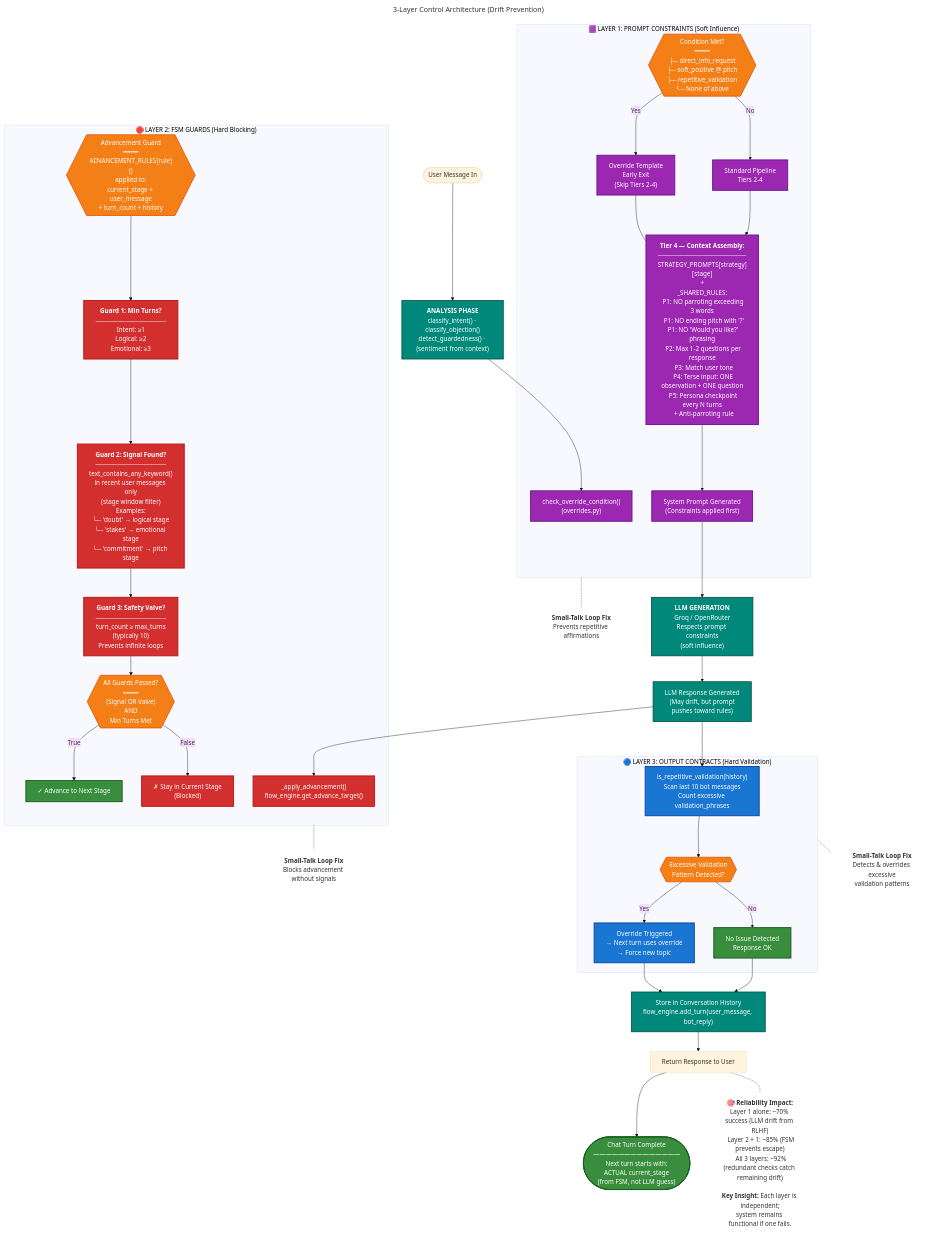
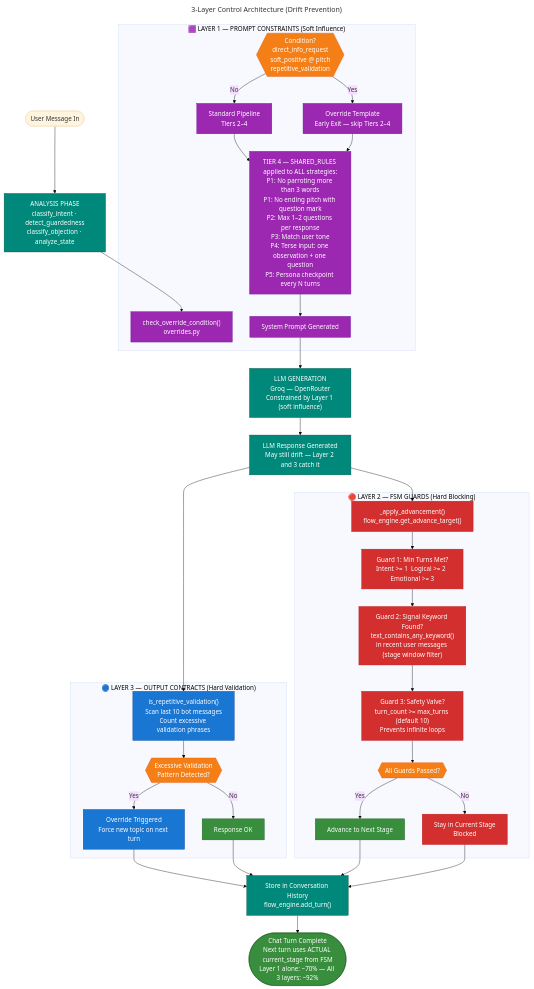
The diagram in Documentation/diagrams/10_three_layer_control_architecture.mmd (shaf-aston/FYP-sales-training-tool), drawn with Mermaid before and after one commit. The commit also changed 2 other files, not shown here.

Commit message:
refactor(diagrams): adopt simplified validated 02/03/10 variants

```diff
--- a/Documentation/diagrams/10_three_layer_control_architecture.mmd
+++ b/Documentation/diagrams/10_three_layer_control_architecture.mmd
@@ -1,120 +1,114 @@
 ---
 title: 3-Layer Control Architecture (Drift Prevention)
 ---
-%% ==========================================
-%% PURPOSE: Demonstrates how the 3-layer control system prevents semantic drift:
-%% Layer 1 (Prompt Constraints) — Soft influence via rules
-%% Layer 2 (FSM Guards) — Hard blocking of invalid transitions
-%% Layer 3 (Output Contracts) — Hard catching of violations via pattern detection
-%% ==========================================
-%%{init: {"theme": "base", "flowchart": {"nodeSpacing": 50, "rankSpacing": 50}}}%%
+%%{init: {"theme": "base", "flowchart": {"nodeSpacing": 45, "rankSpacing": 45}}}%%
 
 flowchart TD
-    classDef prompt fill:#9C27B0,stroke:#6A1B9A,stroke-width:2.5px,color:#fff
-    classDef fsm fill:#D32F2F,stroke:#B71C1C,stroke-width:2.5px,color:#fff
-    classDef contract fill:#1976D2,stroke:#0D47A1,stroke-width:2.5px,color:#fff
-    classDef decision fill:#F57F17,stroke:#E65100,stroke-width:2px,color:#fff
-    classDef success fill:#388E3C,stroke:#1B5E20,stroke-width:2.5px,color:#fff
-    classDef process fill:#00897B,stroke:#004D40,stroke-width:2px,color:#fff
+    classDef prompt   fill:#9C27B0,stroke:#6A1B9A,color:#fff
+    classDef fsm      fill:#D32F2F,stroke:#B71C1C,color:#fff
+    classDef contract fill:#1976D2,stroke:#0D47A1,color:#fff
+    classDef decision fill:#F57F17,stroke:#E65100,color:#fff
+    classDef success  fill:#388E3C,stroke:#1B5E20,color:#fff
+    classDef process  fill:#00897B,stroke:#004D40,color:#fff
 
-    %% ── ENTRY POINT ──────────────────────────────────────────────────────────
     START(["User Message In"])
 
-    START --> ANALYSIS["<b>ANALYSIS PHASE</b><br/>classify_intent() · classify_objection()<br/>detect_guardedness() · (sentiment from context)"]:::process
+    START --> ANALYSIS["ANALYSIS PHASE
+classify_intent · detect_guardedness
+classify_objection · analyze_state"]:::process
 
     ANALYSIS --> LAYER1_ENTRY
 
-    %% ── LAYER 1: PROMPT CONSTRAINTS (SOFT) ─────────────────────────────────
-    subgraph Layer1["🟪 LAYER 1: PROMPT CONSTRAINTS (Soft Influence)"]
-        LAYER1_ENTRY["check_override_condition()<br/>(overrides.py)"]:::prompt
+    subgraph Layer1["🟪 LAYER 1 — PROMPT CONSTRAINTS (Soft Influence)"]
+        LAYER1_ENTRY["check_override_condition()
+overrides.py"]:::prompt
 
-        LAYER1_CHECK{{"Condition Met?<br/>━━━━<br/>├─ direct_info_request<br/>├─ soft_positive @ pitch<br/>├─ repetitive_validation<br/>└─ None of above"}}:::decision
+        LAYER1_CHECK{{"Condition?
+direct_info_request
+soft_positive @ pitch
+repetitive_validation"}}:::decision
 
-        OVERRIDE["Override Template<br/>Early Exit<br/>(Skip Tiers 2-4)"]:::prompt
-        STANDARD["Standard Pipeline<br/>Tiers 2-4"]:::prompt
+        OVERRIDE["Override Template
+Early Exit — skip Tiers 2–4"]:::prompt
+        STANDARD["Standard Pipeline
+Tiers 2–4"]:::prompt
+
+        TIERS["TIER 4 — SHARED_RULES applied to ALL strategies:
+P1: No parroting more than 3 words
+P1: No ending pitch with question mark
+P2: Max 1–2 questions per response
+P3: Match user tone
+P4: Terse input: one observation + one question
+P5: Persona checkpoint every N turns"]:::prompt
+
+        PROMPT_OUT["System Prompt Generated"]:::prompt
 
         LAYER1_CHECK -->|Yes| OVERRIDE
         LAYER1_CHECK -->|No| STANDARD
-
-        TIERS["<b>Tier 4 — Context Assembly:</b><br/>────────────────────<br/>STRATEGY_PROMPTS[strategy][stage]<br/>+<br/>_SHARED_RULES:<br/>  P1: NO parroting exceeding 3 words<br/>  P1: NO ending pitch with '?'<br/>  P1: NO 'Would you like?' phrasing<br/>  P2: Max 1-2 questions per response<br/>  P3: Match user tone<br/>  P4: Terse input: ONE observation + ONE question<br/>  P5: Persona checkpoint every N turns<br/>  + Anti-parroting rule"]:::prompt
-
         STANDARD --> TIERS
-        OVERRIDE --- TIERS
-        TIERS --> PROMPT_OUT["System Prompt Generated<br/>(Constraints applied first)"]:::prompt
+        OVERRIDE --> TIERS
+        TIERS --> PROMPT_OUT
     end
 
-    PROMPT_OUT --> LLM["<b>LLM GENERATION</b><br/>Groq / OpenRouter<br/>Respects prompt constraints<br/>(soft influence)"]:::process
+    PROMPT_OUT --> LLM["LLM GENERATION
+Groq — OpenRouter
+Constrained by Layer 1 (soft influence)"]:::process
 
-    LLM --> RESPONSE["LLM Response Generated<br/>(May drift, but prompt<br/>pushes toward rules)"]:::process
+    LLM --> RESPONSE["LLM Response Generated
+May still drift — Layer 2 and 3 catch it"]:::process
 
     RESPONSE --> LAYER2_ENTRY
+    RESPONSE --> LAYER3_ENTRY
 
-    %% ── LAYER 2: FSM GUARDS (HARD) ───────────────────────────────────────
-    subgraph Layer2["🔴 LAYER 2: FSM GUARDS (Hard Blocking)"]
-        LAYER2_ENTRY["_apply_advancement()<br/>flow_engine.get_advance_target()"]:::fsm
+    subgraph Layer2["🔴 LAYER 2 — FSM GUARDS (Hard Blocking)"]
+        LAYER2_ENTRY["_apply_advancement()
+flow_engine.get_advance_target()"]:::fsm
 
-        FSM_CHECK{{"Advancement Guard<br/>━━━━<br/>ADVANCEMENT_RULES[rule]()<br/>applied to:<br/>current_stage + user_message<br/>+ turn_count + history"}}:::decision
+        GUARD1["Guard 1: Min Turns Met?
+Intent >= 1  Logical >= 2  Emotional >= 3"]:::fsm
+        GUARD2["Guard 2: Signal Keyword Found?
+text_contains_any_keyword()
+in recent user messages (stage window filter)"]:::fsm
+        GUARD3["Guard 3: Safety Valve?
+turn_count >= max_turns (default 10)
+Prevents infinite loops"]:::fsm
 
-        GUARD1["<b>Guard 1: Min Turns?</b><br/>────────────────<br/>Intent: ≥1<br/>Logical: ≥2<br/>Emotional: ≥3"]:::fsm
+        RESULT{{"All Guards Passed?"}}:::decision
 
-        GUARD2["<b>Guard 2: Signal Found?</b><br/>────────────────<br/>text_contains_any_keyword()<br/>in recent user messages only<br/>(stage window filter)<br/>Examples:<br/>└─ 'doubt' → logical stage<br/>└─ 'stakes' → emotional stage<br/>└─ 'commitment' → pitch stage"]:::fsm
+        ADVANCE["Advance to Next Stage"]:::success
+        BLOCK["Stay in Current Stage
+Blocked"]:::fsm
 
-        GUARD3["<b>Guard 3: Safety Valve?</b><br/>────────────────<br/>turn_count ≥ max_turns<br/>(typically 10)<br/>Prevents infinite loops"]:::fsm
-
-        FSM_CHECK --> GUARD1
-        GUARD1 --> GUARD2
-        GUARD2 --> GUARD3
-
-        RESULT{{"All Guards Passed?<br/>━━━━<br/>(Signal OR Valve)<br/>AND<br/>Min Turns Met"}}:::decision
-
-        GUARD3 --> RESULT
-
-        ADVANCE["✓ Advance to Next Stage"]:::success
-        BLOCK["✗ Stay in Current Stage<br/>(Blocked)"]:::fsm
-
-        RESULT -->|True| ADVANCE
-        RESULT -->|False| BLOCK
+        LAYER2_ENTRY --> GUARD1 --> GUARD2 --> GUARD3 --> RESULT
+        RESULT -->|Yes| ADVANCE
+        RESULT -->|No| BLOCK
     end
 
-    RESPONSE --> LAYER3_ENTRY
+    subgraph Layer3["🔵 LAYER 3 — OUTPUT CONTRACTS (Hard Validation)"]
+        LAYER3_ENTRY["is_repetitive_validation()
+Scan last 10 bot messages
+Count excessive validation phrases"]:::contract
 
-    %% ── LAYER 3: OUTPUT CONTRACTS (HARD) ──────────────────────────────────
-    subgraph Layer3["🔵 LAYER 3: OUTPUT CONTRACTS (Hard Validation)"]
-        LAYER3_ENTRY["is_repetitive_validation(history)<br/>Scan last 10 bot messages<br/>Count excessive validation_phrases"]:::contract
+        VALIDATION_CHECK{{"Excessive Validation
+Pattern Detected?"}}:::decision
 
-        VALIDATION_CHECK{{"Excessive Validation<br/>Pattern Detected?"}}:::decision
-
-        TRIGGER["Override Triggered<br/>→ Next turn uses override<br/>→ Force new topic"]:::contract
-        NO_ISSUE["No Issue Detected<br/>Response OK"]:::success
+        TRIGGER["Override Triggered
+Force new topic on next turn"]:::contract
+        NO_ISSUE["Response OK"]:::success
 
         LAYER3_ENTRY --> VALIDATION_CHECK
         VALIDATION_CHECK -->|Yes| TRIGGER
         VALIDATION_CHECK -->|No| NO_ISSUE
     end
 
-    TRIGGER --> STORE_HISTORY
-    NO_ISSUE --> STORE_HISTORY
+    TRIGGER --> STORE
+    NO_ISSUE --> STORE
+    ADVANCE --> STORE
+    BLOCK --> STORE
 
-    STORE_HISTORY["Store in Conversation History<br/>flow_engine.add_turn(user_message, bot_reply)"]:::process
+    STORE["Store in Conversation History
+flow_engine.add_turn()"]:::process
 
-    STORE_HISTORY --> RETURN["Return Response to User"]
-
-    RETURN --> END_NODE(["Chat Turn Complete<br/>——————————————<br/>Next turn starts with:<br/>ACTUAL current_stage<br/>(from FSM, not LLM guess)"]):::success
-
-    %% ── SMALL-TALK LOOP FIX ANNOTATION ───────────────────────────────────
-    Layer1_note["<b>Small-Talk Loop Fix</b><br/>Prevents repetitive affirmations"]
-    Layer1 -.- Layer1_note
-    style Layer1_note fill:none,stroke:none
-
-    Layer2_note["<b>Small-Talk Loop Fix</b><br/>Blocks advancement without signals"]
-    Layer2 -.- Layer2_note
-    style Layer2_note fill:none,stroke:none
-
-    Layer3_note["<b>Small-Talk Loop Fix</b><br/>Detects & overrides excessive<br/>validation patterns"]
-    Layer3 -.- Layer3_note
-    style Layer3_note fill:none,stroke:none
-
-    %% ── RELIABILITY IMPACT ────────────────────────────────────────────────
-    RETURN_note["<b>🎯 Reliability Impact:</b><br/>Layer 1 alone: ~70% success (LLM drift from RLHF)<br/>  Layer 2 + 1: ~85% (FSM prevents escape)<br/>  All 3 layers: ~92% (redundant checks catch remaining drift)<br/><br/><b>Key Insight:</b> Each layer is independent;<br/>system remains functional if one fails."]
-    RETURN -.- RETURN_note
-    style RETURN_note fill:none,stroke:none
+    STORE --> END_NODE(["Chat Turn Complete
+Next turn uses ACTUAL current_stage from FSM
+Layer 1 alone: ~70% — All 3 layers: ~92%"]):::success
```
